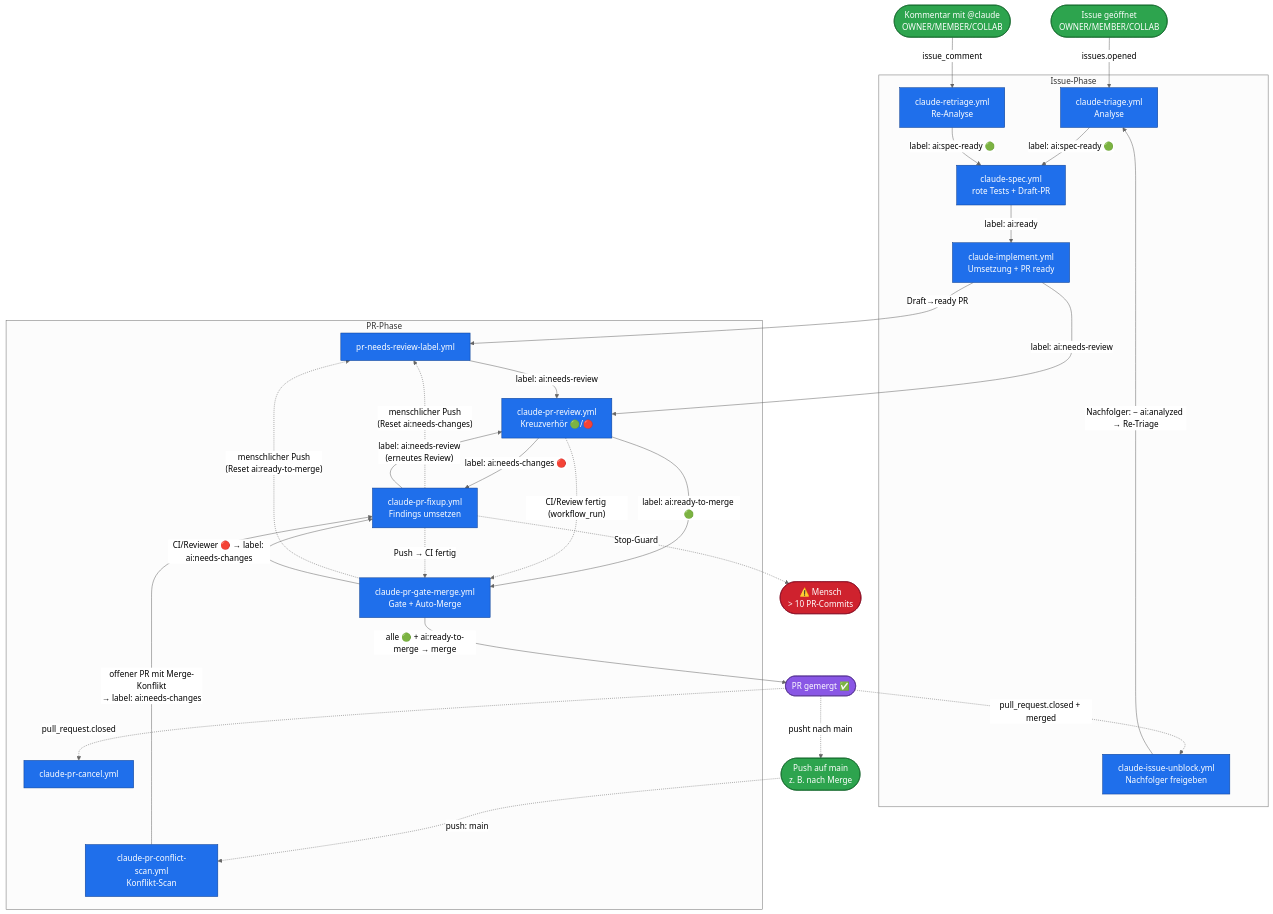
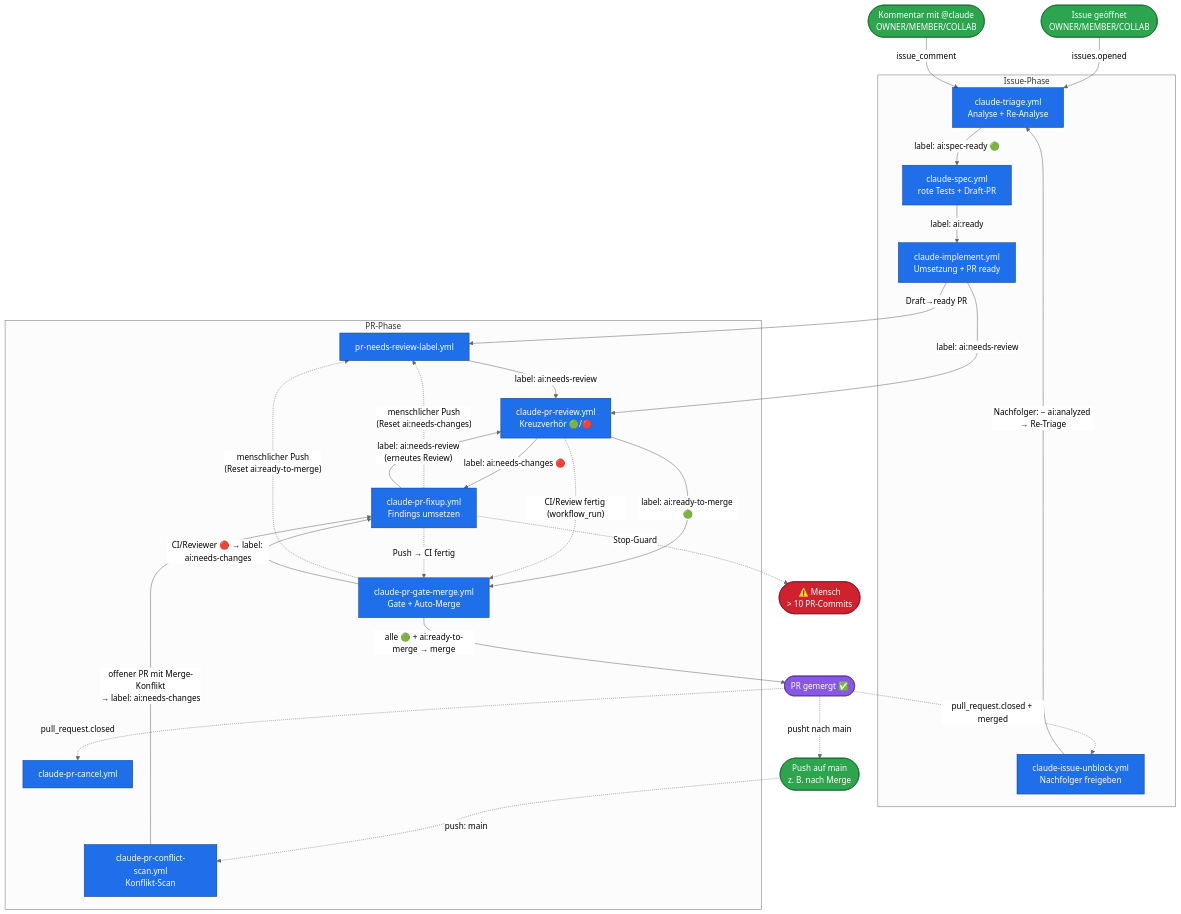
Before and after one commit to deleonio/priority-pilot: the diagram in docs/pipeline-flow.md, drawn with Mermaid (neutral theme). The commit also changed other lines of this file and 5 other files, not shown here.

First line of the commit message:
refactor(ci): merge claude-retriage.yml into claude-triage.yml

````diff
--- a/docs/pipeline-flow.md
+++ b/docs/pipeline-flow.md
@@ -8,76 +9,74 @@
 ```mermaid
 flowchart TD
     %% ====== Eintritt ======
     start([Issue geöffnet<br/>OWNER/MEMBER/COLLAB]):::evt
     cmt([Kommentar mit @claude<br/>OWNER/MEMBER/COLLAB]):::evt
     pushmain([Push auf main<br/>z. B. nach Merge]):::evt
 
     %% ====== Issue-Phase ======
     subgraph ISSUE [Issue-Phase]
-        triage[claude-triage.yml<br/>Analyse]:::wf
-        retriage[claude-retriage.yml<br/>Re-Analyse]:::wf
+        triage[claude-triage.yml<br/>Analyse + Re-Analyse]:::wf
         spec[claude-spec.yml<br/>rote Tests + Draft-PR]:::wf
         implement[claude-implement.yml<br/>Umsetzung + PR ready]:::wf
         unblock[claude-issue-unblock.yml<br/>Nachfolger freigeben]:::wf
     end
 
     %% ====== PR-Phase ======
     subgraph PR [PR-Phase]
         autolabel[pr-needs-review-label.yml]:::wf
         review[claude-pr-review.yml<br/>Kreuzverhör 🟢/🔴]:::wf
         fixup[claude-pr-fixup.yml<br/>Findings umsetzen]:::wf
         gatemerge[claude-pr-gate-merge.yml<br/>Gate + Auto-Merge]:::wf
         cancel[claude-pr-cancel.yml]:::wf
         conflictscan[claude-pr-conflict-scan.yml<br/>Konflikt-Scan]:::wf
     end
 
     merged([PR gemergt ✅]):::done
     human([⚠️ Mensch<br/>> 10 PR-Commits]):::stop
 
     %% ---- Issue-Trigger ----
     start -->|issues.opened| triage
-    cmt -->|issue_comment| retriage
+    cmt -->|issue_comment| triage
     triage -->|"label: ai:spec-ready 🟢"| spec
-    retriage -->|"label: ai:spec-ready 🟢"| spec
     spec -->|"label: ai:ready"| implement
 
     %% ---- Übergang Issue -> PR ----
     implement -->|Draft→ready PR| autolabel
     implement -->|"label: ai:needs-review"| review
     autolabel -->|"label: ai:needs-review"| review
 
     %% ---- Push-Reset-Pfad (jeder menschliche Push auf den PR-Branch) ----
     gatemerge -.->|"menschlicher Push<br/>(Reset ai:ready-to-merge)"| autolabel
     fixup -.->|"menschlicher Push<br/>(Reset ai:needs-changes)"| autolabel
 
     %% ---- Review-Verzweigung ----
     review -->|"label: ai:needs-changes 🔴"| fixup
     review -->|"label: ai:ready-to-merge 🟢"| gatemerge
 
     %% ---- Fixup-Schleife ----
     fixup -->|"label: ai:needs-review<br/>(erneutes Review)"| review
     fixup -.->|"Stop-Guard"| human
 
     %% ---- Deterministisches Gate (workflow_run) ----
     review -.->|"CI/Review fertig (workflow_run)"| gatemerge
     fixup -.->|"Push → CI fertig"| gatemerge
     gatemerge -->|"CI/Reviewer 🔴 → label: ai:needs-changes"| fixup
     gatemerge -->|"alle 🟢 + ai:ready-to-merge → merge"| merged
 
     %% ---- Abschluss ----
     merged -.->|pull_request.closed| cancel
 
     %% ---- Merge-getriebenes Unblocking aufeinander aufbauender Issues ----
     merged -.->|"pull_request.closed + merged"| unblock
     unblock -->|"Nachfolger: − ai:analyzed → Re-Triage"| triage
 
     %% ---- Konflikt-Scan bei Push auf main (z. B. nach Merge) ----
     merged -.->|"pusht nach main"| pushmain
     pushmain -.->|"push: main"| conflictscan
     conflictscan -->|"offener PR mit Merge-Konflikt<br/>→ label: ai:needs-changes"| fixup
 
     classDef wf fill:#1f6feb,stroke:#0b3d91,color:#fff;
     classDef evt fill:#2da44e,stroke:#116329,color:#fff;
     classDef done fill:#8957e5,stroke:#4c2889,color:#fff;
     classDef stop fill:#cf222e,stroke:#82071e,color:#fff;
 ```
````
